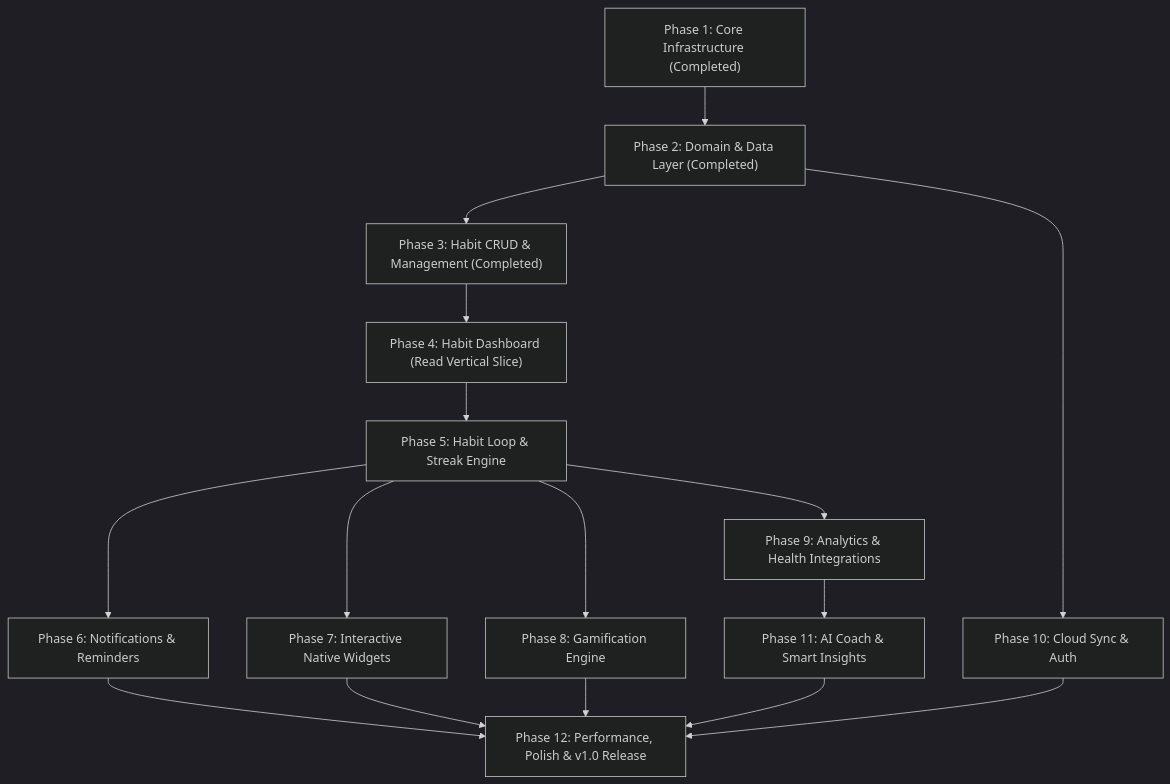
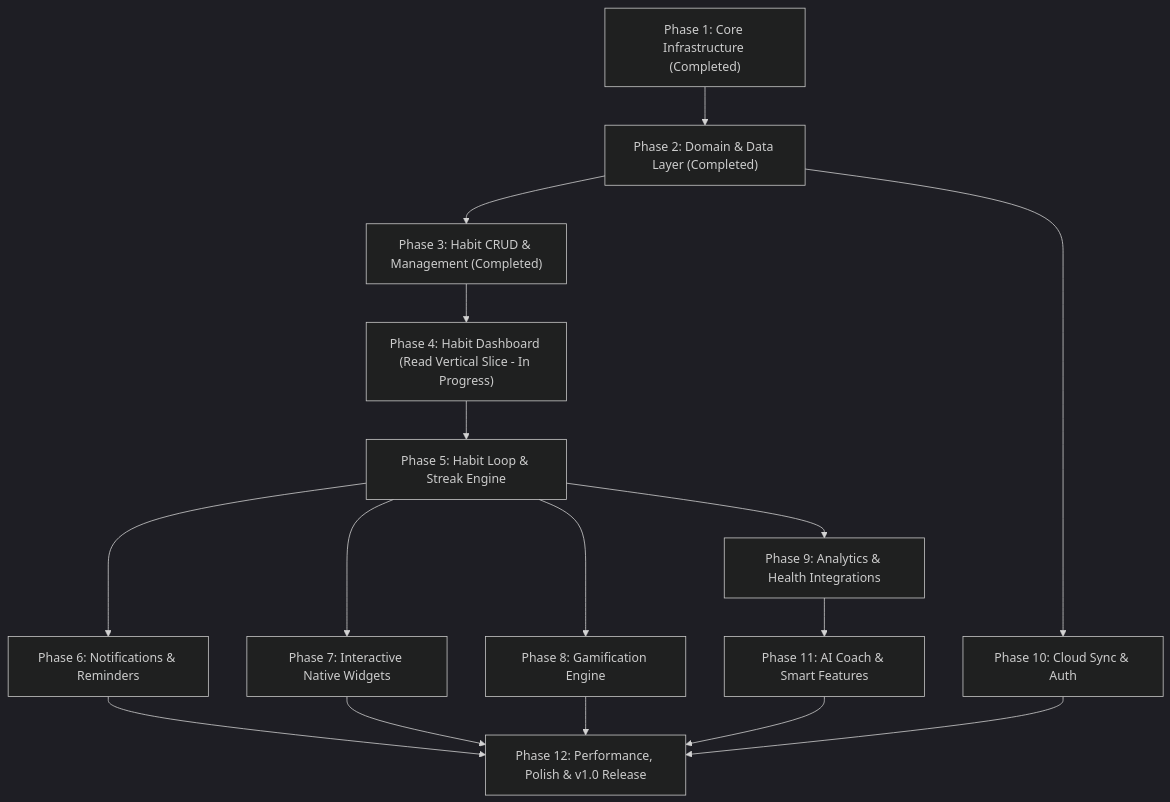
One commit to Kartavvya07/Habit-Tracker changed the diagram in github_roadmap.md. Above: the diagram before and after it, drawn with Mermaid (dark theme). The commit also changed other lines of this file and 1 other file, not shown here.

Commit message:
docs(roadmap): update canonical roadmap and synchronize remote GitHub repository

````diff
--- a/github_roadmap.md
+++ b/github_roadmap.md
@@ -52,18 +52,18 @@
 ```mermaid
 graph TD
     M1["Phase 1: Core Infrastructure (Completed)"] --> M2["Phase 2: Domain & Data Layer (Completed)"]
     M2 --> M3["Phase 3: Habit CRUD & Management (Completed)"]
-    M3 --> M4["Phase 4: Habit Dashboard (Read Vertical Slice)"]
+    M3 --> M4["Phase 4: Habit Dashboard (Read Vertical Slice - In Progress)"]
     M4 --> M5["Phase 5: Habit Loop & Streak Engine"]
     M5 --> M6["Phase 6: Notifications & Reminders"]
     M5 --> M7["Phase 7: Interactive Native Widgets"]
     M5 --> M8["Phase 8: Gamification Engine"]
     M5 --> M9["Phase 9: Analytics & Health Integrations"]
     M2 --> M10["Phase 10: Cloud Sync & Auth"]
-    M9 --> M11["Phase 11: AI Coach & Smart Insights"]
+    M9 --> M11["Phase 11: AI Coach & Smart Features"]
     M6 --> M12["Phase 12: Performance, Polish & v1.0 Release"]
     M7 --> M12
     M8 --> M12
     M10 --> M12
     M11 --> M12
 ```
````
